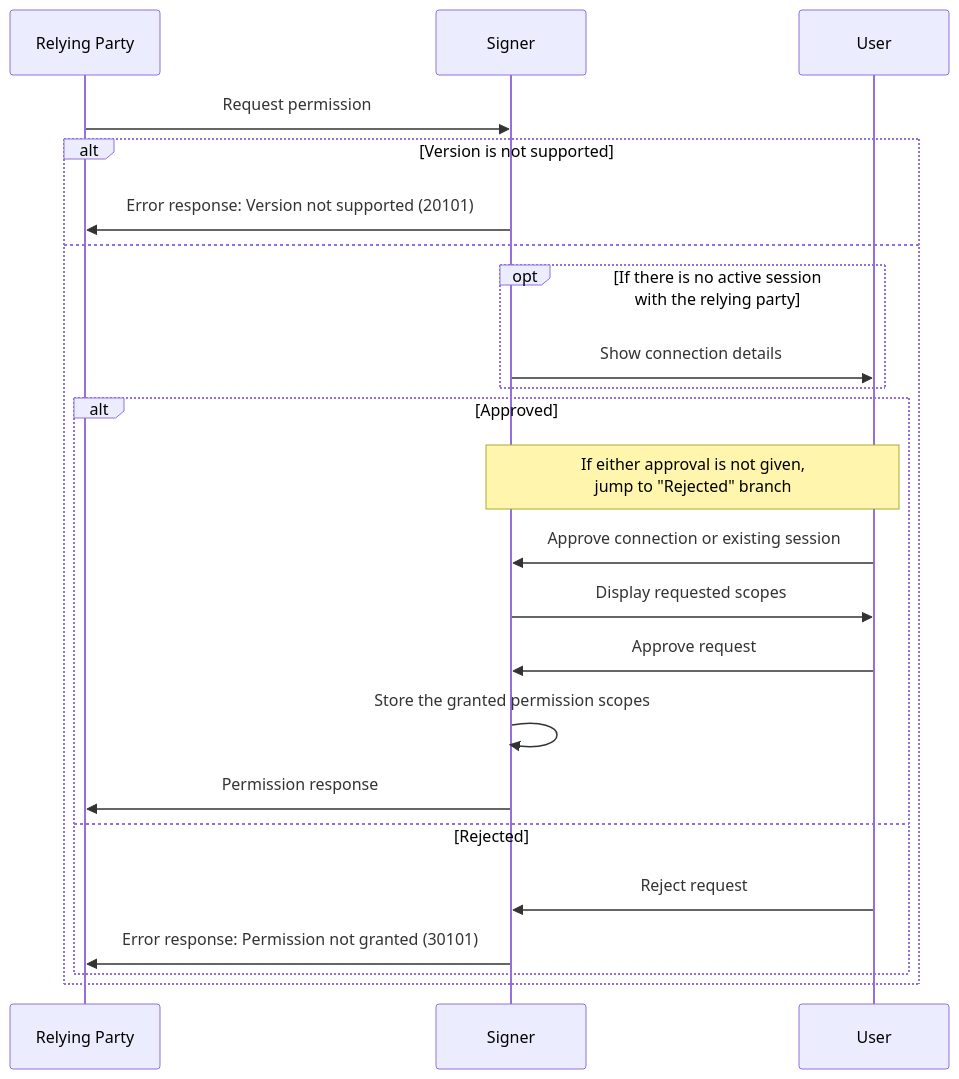
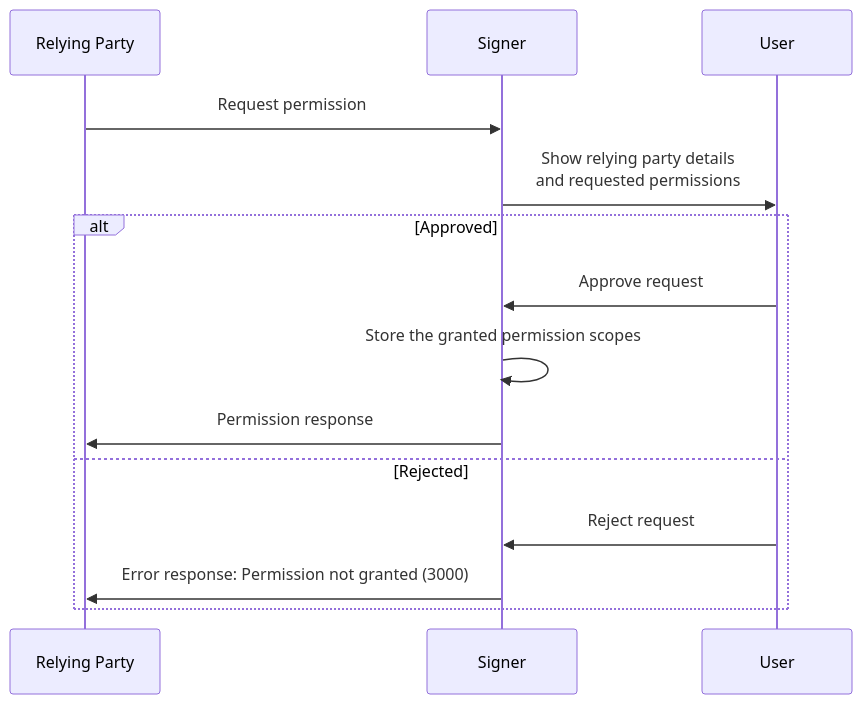
One commit to dfinity/wg-identity-authentication changed the first of 4 diagrams in topics/icrc_25_signer_interaction_standard.md. Above: the diagram before and after it, drawn with Mermaid. The commit also changed other lines of this file, not shown here.

First line of the commit message:
ICRC-25: Drop version and simplify errors

````diff
--- a/topics/icrc_25_signer_interaction_standard.md
+++ b/topics/icrc_25_signer_interaction_standard.md
@@ -177,27 +168,17 @@
 ```mermaid
 sequenceDiagram
     participant RP as Relying Party
     participant S as Signer
     participant U as User
 
     RP ->> S: Request permission
-    alt Version is not supported
-        S ->> RP: Error response: Version not supported (20101)
-    else
-        opt If there is no active session<br>with the relying party
-            S ->> U: Show connection details
-        end
-        alt Approved
-            Note over S,U: If either approval is not given,<br>jump to "Rejected" branch
-            U ->> S: Approve connection or existing session
-            S ->> U: Display requested scopes
-
-            U ->> S: Approve request
-            S ->> S: Store the granted permission scopes
-            S ->> RP: Permission response
-        else Rejected
-            U ->> S: Reject request
-            S ->> RP: Error response: Permission not granted (30101)
-        end
+    S ->> U: Show relying party details<br>and requested permissions
+    alt Approved
+        U ->> S: Approve request
+        S ->> S: Store the granted permission scopes
+        S ->> RP: Permission response
+    else Rejected
+        U ->> S: Reject request
+        S ->> RP: Error response: Permission not granted (3000)
     end
 ```
````
